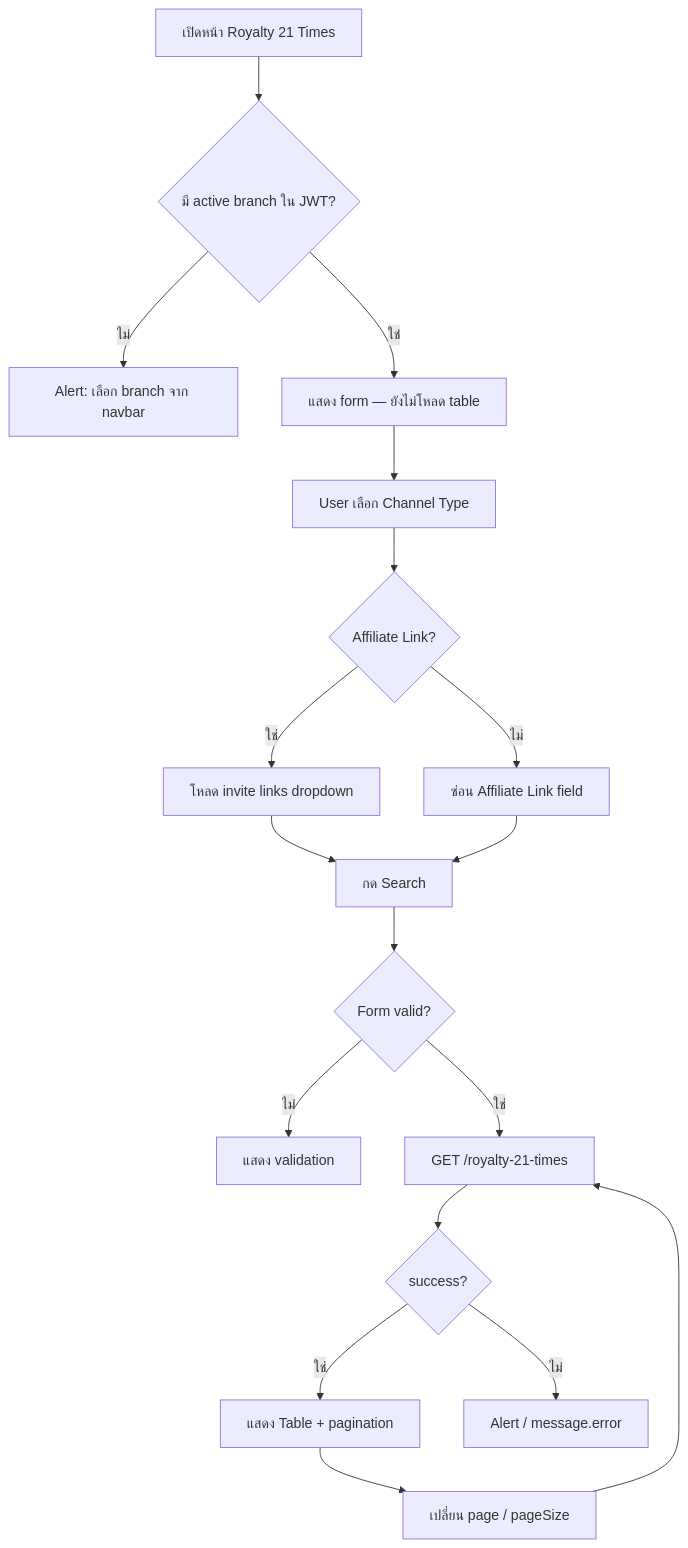
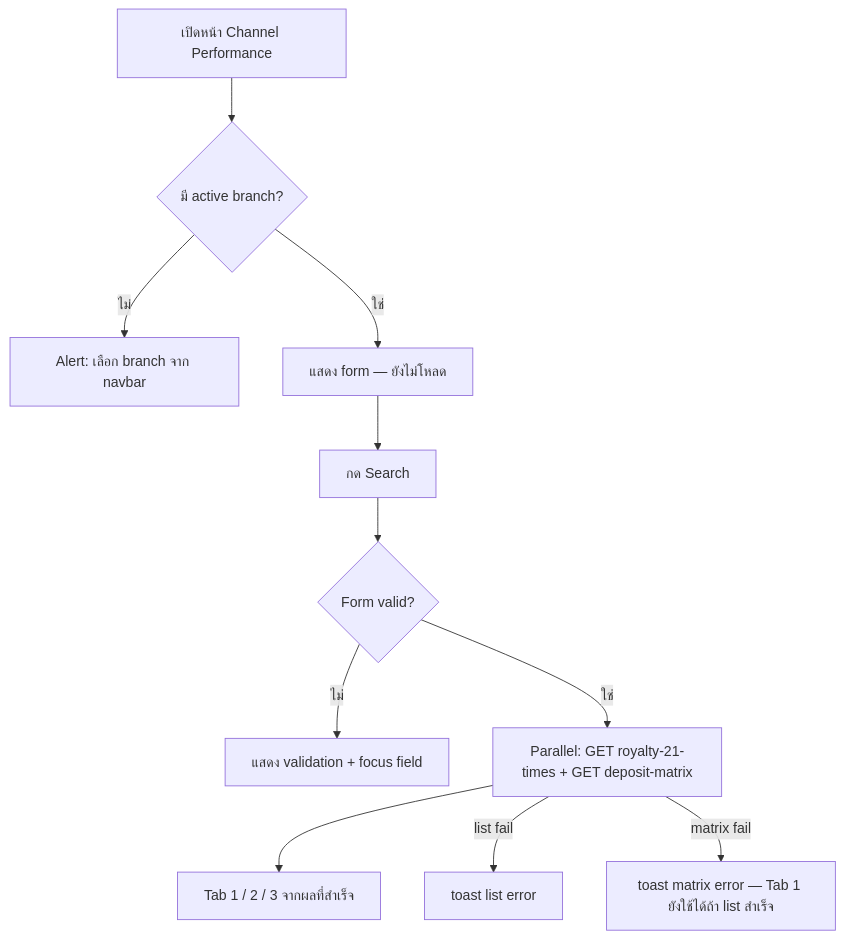
One commit to santanapol/ai-agent-template changed the diagram in backend/service/branch-report/docs/design/royalty-21-times-ui.md. Above: the diagram before and after it, drawn with Mermaid. The commit also changed other lines of this file and 102 other files, not shown here.

First line of the commit message:
Channel Performance: Deposit Matrix tabs, export, and hardening (#71)

````diff
--- a/backend/service/branch-report/docs/design/royalty-21-times-ui.md
+++ b/backend/service/branch-report/docs/design/royalty-21-times-ui.md
@@ -43,20 +38,13 @@
 ```mermaid
 flowchart TD
-  A[เปิดหน้า Royalty 21 Times] --> B{มี active branch ใน JWT?}
+  A[เปิดหน้า Channel Performance] --> B{มี active branch?}
   B -->|ไม่| C[Alert: เลือก branch จาก navbar]
-  B -->|ใช่| D[แสดง form — ยังไม่โหลด table]
-  D --> E[User เลือก Channel Type]
-  E --> F{Affiliate Link?}
-  F -->|ใช่| G[โหลด invite links dropdown]
-  F -->|ไม่| H[ซ่อน Affiliate Link field]
-  G --> I[กด Search]
-  H --> I
+  B -->|ใช่| D[แสดง form — ยังไม่โหลด]
+  D --> I[กด Search]
   I --> J{Form valid?}
-  J -->|ไม่| K[แสดง validation]
-  J -->|ใช่| L[GET /royalty-21-times]
-  L --> M{success?}
-  M -->|ใช่| N[แสดง Table + pagination]
-  M -->|ไม่| O[Alert / message.error]
-  N --> P[เปลี่ยน page / pageSize]
-  P --> L
+  J -->|ไม่| K[แสดง validation + focus field]
+  J -->|ใช่| L[Parallel: GET royalty-21-times + GET deposit-matrix]
+  L --> N[Tab 1 / 2 / 3 จากผลที่สำเร็จ]
+  L -->|list fail| O1[toast list error]
+  L -->|matrix fail| O2[toast matrix error — Tab 1 ยังใช้ได้ถ้า list สำเร็จ]
 ```
````
